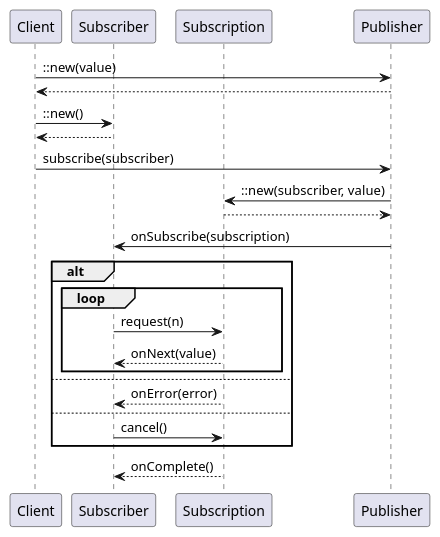
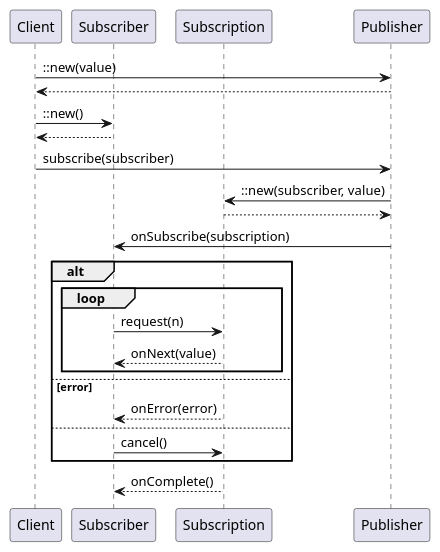
Before and after one commit to yanghoon/obsidian-workspace: the diagram in _diary/2024-06-18.md, drawn with PlantUML.

Commit message:
vault backup: 2024-06-19 00:25:42

````diff
--- a/_diary/2024-06-18.md
+++ b/_diary/2024-06-18.md
@@ -3,33 +3,33 @@
 ```plantuml
 @startuml
 
 participant Client as Client
 participant Subscriber as Sub
 participant Subscription as Subn
 participant Publisher as Pub
 
 Client -> Pub: ::new(value)
 Client <-- Pub
 Client -> Sub: ::new()
 Client <-- Sub
 
 Client -> Pub: subscribe(subscriber)
 Pub -> Subn: ::new(subscriber, value)
 Pub <-- Subn
 Pub -> Sub: onSubscribe(subscription)
 
 alt
   group loop
     Sub -> Subn: request(n)
     Sub <-- Subn: onNext(value)
   end
-else
+else error
   Sub <-- Subn: onError(error)
 else 
   Sub -> Subn: cancel()
 end
 
 Sub <-- Subn: onComplete()
 
 @enduml
 ```
````
